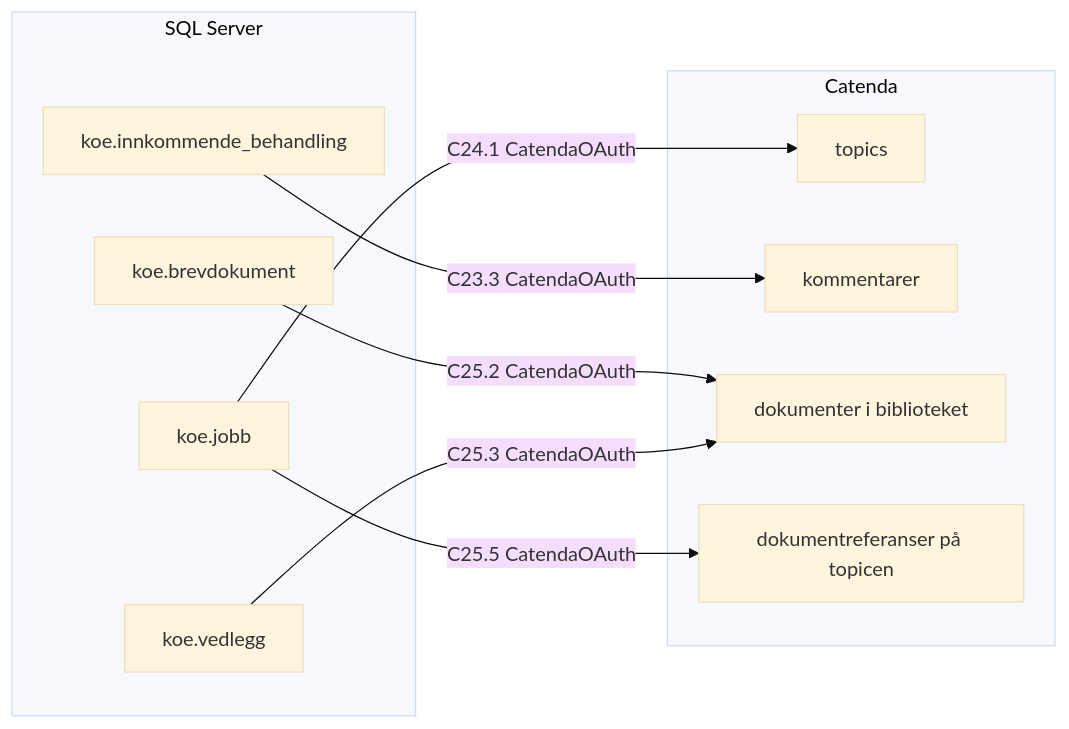
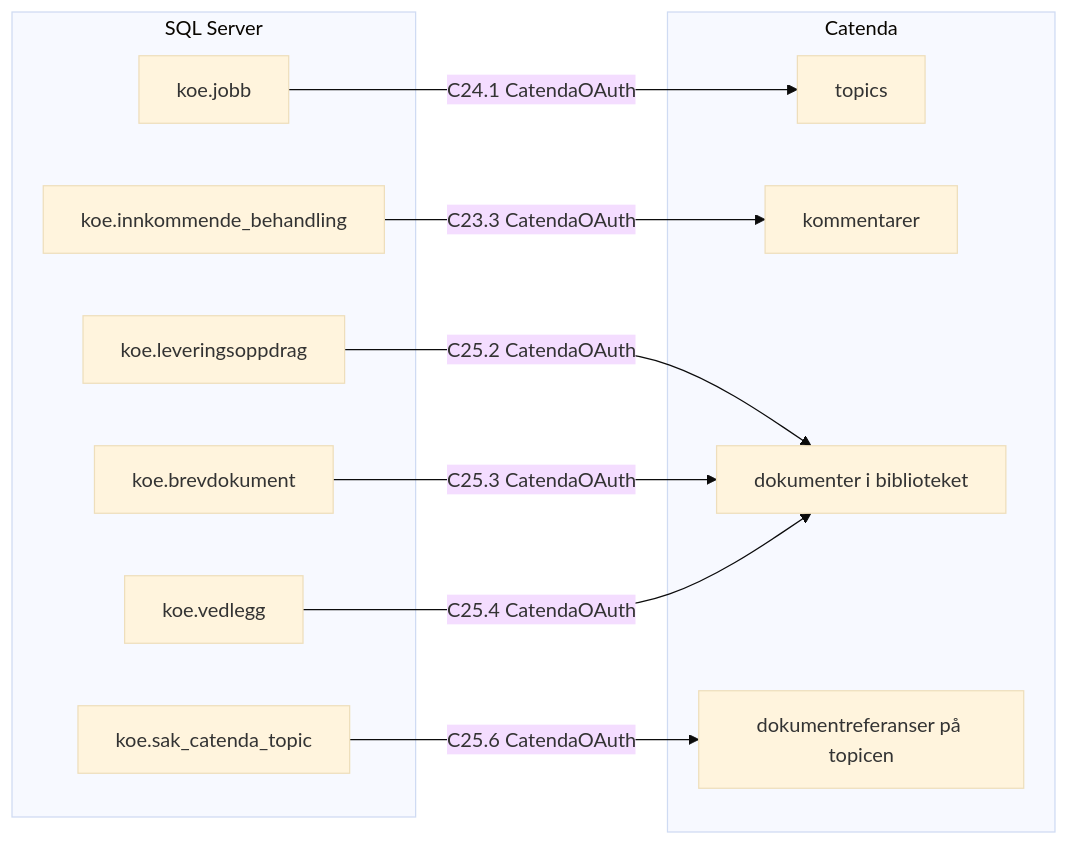
Before and after one commit to khjohns/endringsmeldinger: the third of 4 diagrams in docs/datamodell/relasjoner.md, drawn with Mermaid (base theme). The commit also changed other lines of this file and 4 other files, not shown here.

````diff
--- a/docs/datamodell/relasjoner.md
+++ b/docs/datamodell/relasjoner.md
@@ -485,20 +485,23 @@
 ```mermaid
 flowchart LR
     subgraph g0["Catenda"]
         c_topic["topics"]
         c_kommentar["kommentarer"]
         c_dokument["dokumenter i biblioteket"]
         c_dokumentreferanse["dokumentreferanser på topicen"]
     end
     subgraph g1["SQL Server"]
         t_koe_brevdokument["koe.brevdokument"]
         t_koe_innkommende_behandling["koe.innkommende_behandling"]
         t_koe_jobb["koe.jobb"]
+        t_koe_leveringsoppdrag["koe.leveringsoppdrag"]
+        t_koe_sak_catenda_topic["koe.sak_catenda_topic"]
         t_koe_vedlegg["koe.vedlegg"]
     end
     t_koe_innkommende_behandling -->|"C23.3 CatendaOAuth"| c_kommentar
     t_koe_jobb -->|"C24.1 CatendaOAuth"| c_topic
-    t_koe_brevdokument -->|"C25.2 CatendaOAuth"| c_dokument
-    t_koe_vedlegg -->|"C25.3 CatendaOAuth"| c_dokument
-    t_koe_jobb -->|"C25.5 CatendaOAuth"| c_dokumentreferanse
+    t_koe_leveringsoppdrag -->|"C25.2 CatendaOAuth"| c_dokument
+    t_koe_brevdokument -->|"C25.3 CatendaOAuth"| c_dokument
+    t_koe_vedlegg -->|"C25.4 CatendaOAuth"| c_dokument
+    t_koe_sak_catenda_topic -->|"C25.6 CatendaOAuth"| c_dokumentreferanse
 ```
````
